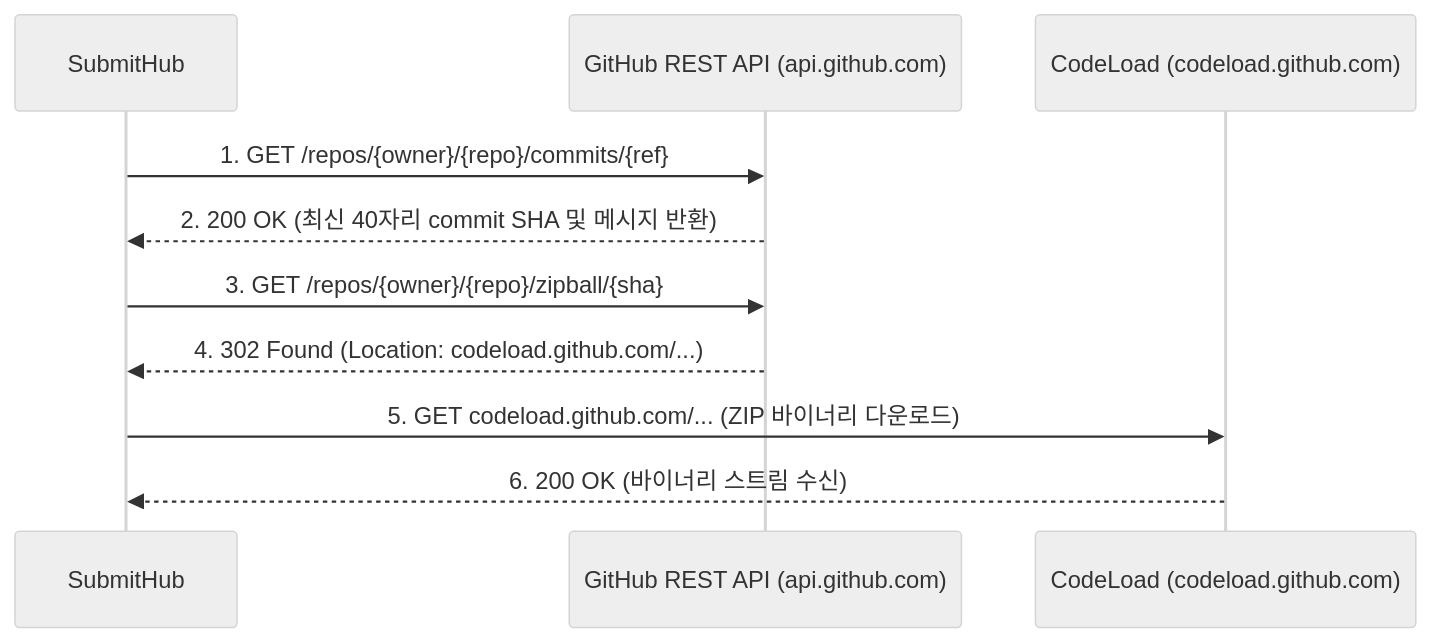
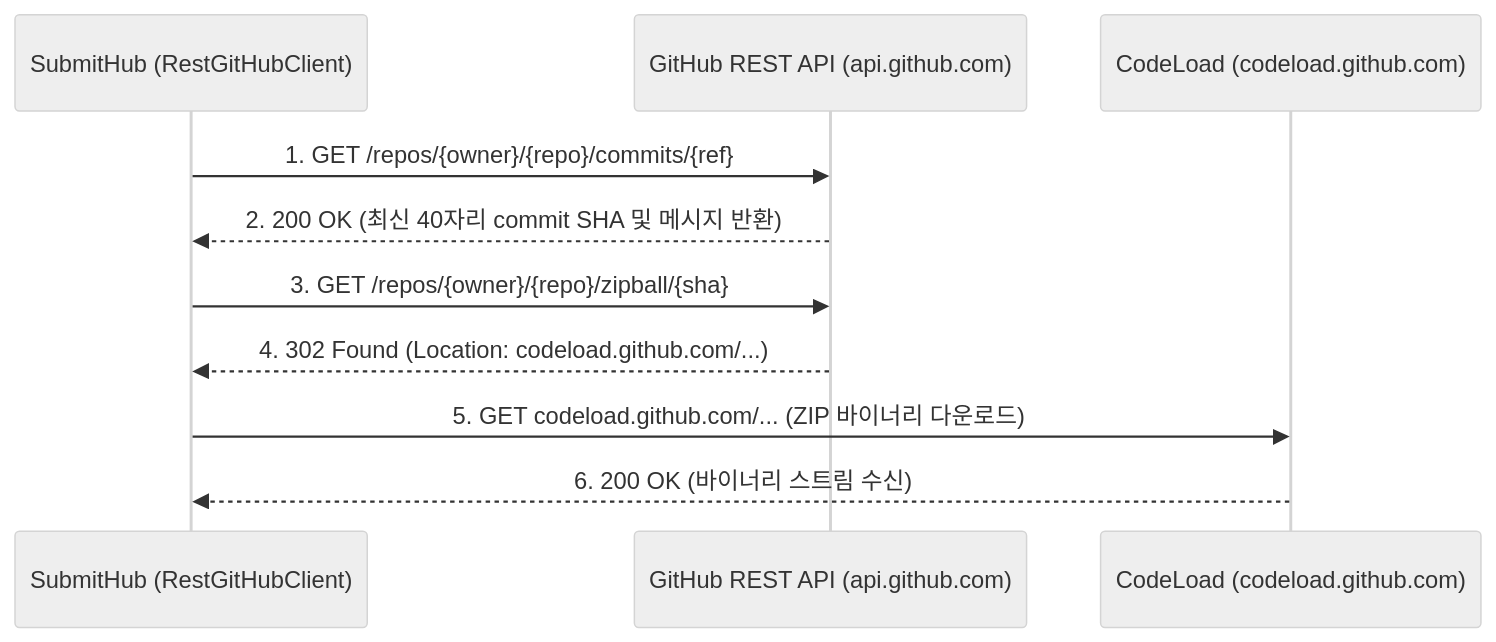
One commit to ksw1295/submithub changed the diagram in docs/프로젝트_산출물/06_인터페이스_및_API_명세서.md. Above: the diagram before and after it, drawn with Mermaid (neutral theme). The commit also changed other lines of this file and 8 other files, not shown here.

Commit message:
docs: 산출물 팩트체크(실제 엔티티 ERD, Docker CLI, Gemini JSON 규격, 라우팅) 최종 반영

````diff
--- a/docs/프로젝트_산출물/06_인터페이스_및_API_명세서.md
+++ b/docs/프로젝트_산출물/06_인터페이스_및_API_명세서.md
@@ -71,13 +72,13 @@
 ```mermaid
 sequenceDiagram
-    participant App as SubmitHub
+    participant App as SubmitHub (RestGitHubClient)
     participant GH as GitHub REST API (api.github.com)
     participant CL as CodeLoad (codeload.github.com)
 
     App->>GH: 1. GET /repos/{owner}/{repo}/commits/{ref}
     GH-->>App: 2. 200 OK (최신 40자리 commit SHA 및 메시지 반환)
     App->>GH: 3. GET /repos/{owner}/{repo}/zipball/{sha}
     GH-->>App: 4. 302 Found (Location: codeload.github.com/...)
     App->>CL: 5. GET codeload.github.com/... (ZIP 바이너리 다운로드)
     CL-->>App: 6. 200 OK (바이너리 스트림 수신)
 ```
````
